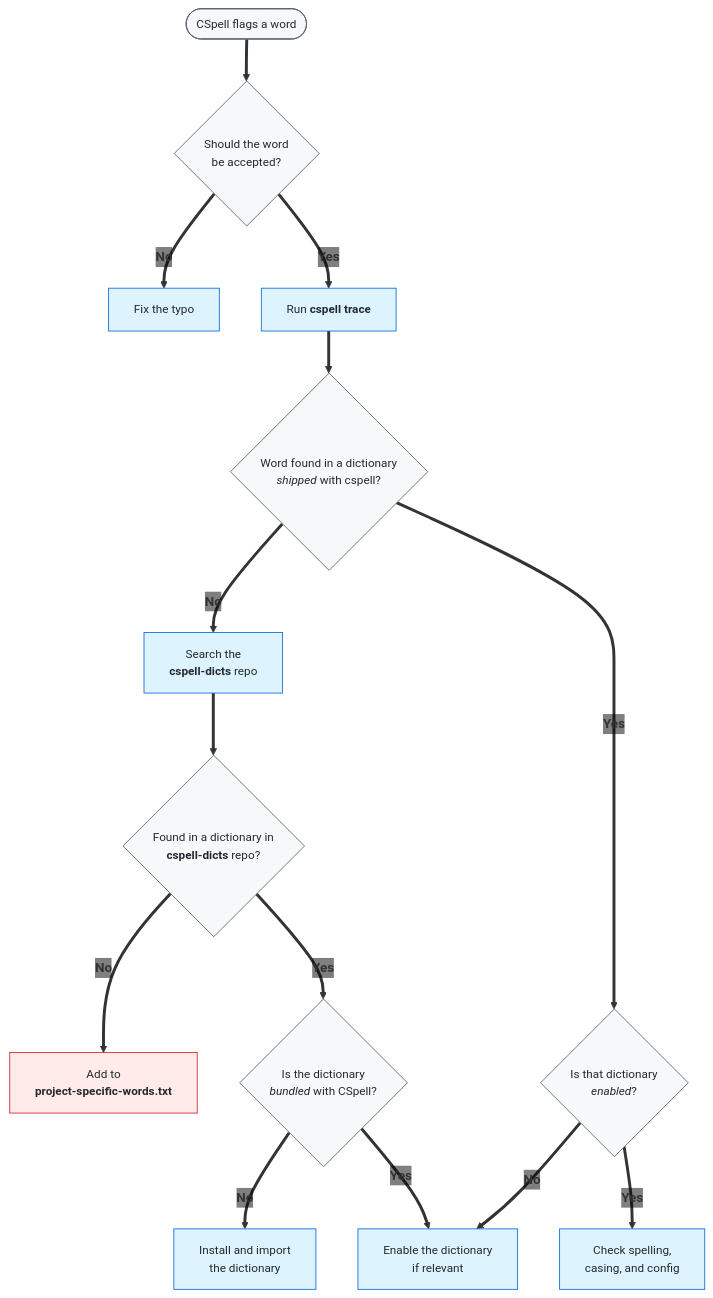
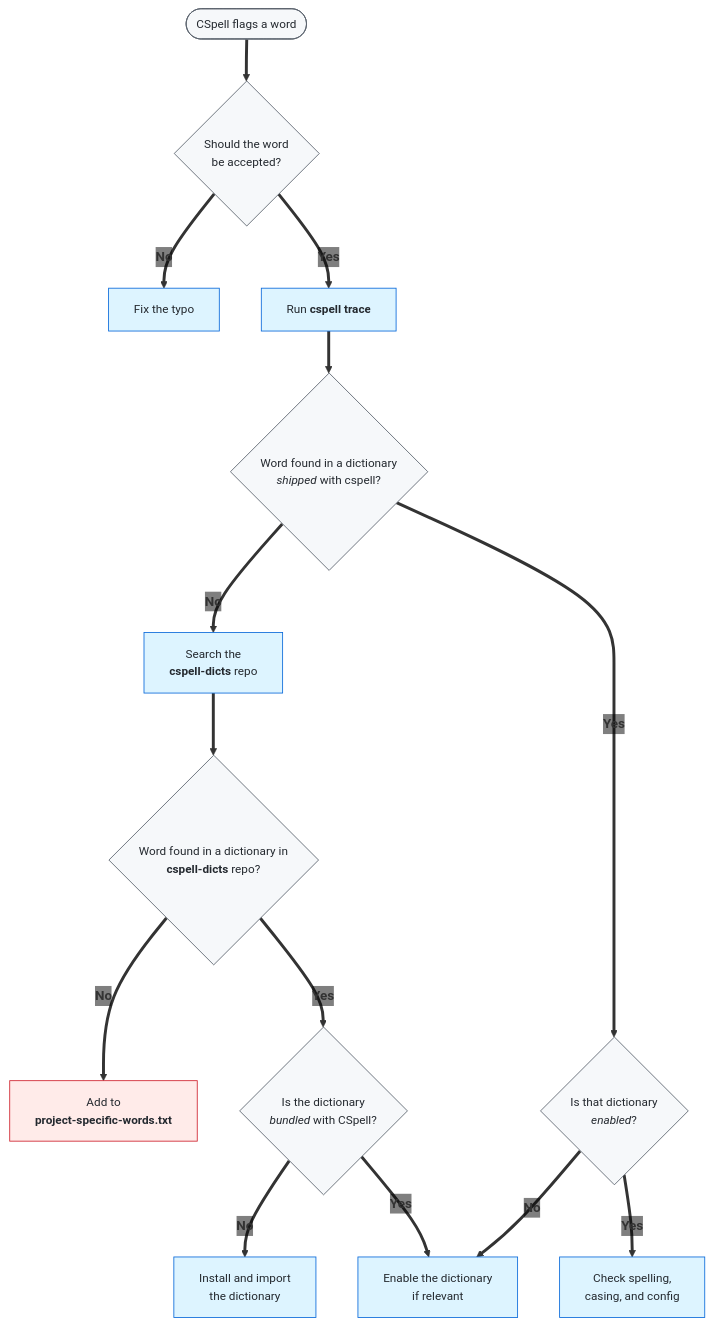
One commit to ScilifelabDataCentre/data-centre-template changed the diagram in .config/cspell/README.md. Above: the diagram before and after it, drawn with Mermaid. The commit also changed other lines of this file, not shown here.

Commit message:
after flowchart

````diff
--- a/.config/cspell/README.md
+++ b/.config/cspell/README.md
@@ -74,36 +74,36 @@
 ```mermaid
 ---
 config:
   themeVariables:
     edgeLabelBackground: transparent
 ---
 flowchart TD
     A([CSpell flags a word]) ==> B{Should the word<br/>be accepted?}
 
     B ==>|"`**No**`"| C[Fix the typo]
     B ==>|"`**Yes**`"| D["`Run **cspell trace**`"]
 
     D ==> E{"`Word found in a dictionary<br/>_shipped_ with cspell?`"}
 
     E ==>|"`**No**`"| I["`Search the </br> **cspell-dicts** repo`"]
     E ==>|"`**Yes**`"| F{"`Is that dictionary<br/>_enabled_?`"}
 
     F ==>|"`**No**`"| H[Enable the dictionary<br/>if relevant]
     F ==>|"`**Yes**`"| G[Check spelling,<br/>casing, and config]
 
-    I ==> J{"`Found in a dictionary in </br> **cspell-dicts** repo?`"}
+    I ==> J{"`Word found in a dictionary in </br> **cspell-dicts** repo?`"}
 
     J ==>|"`**No**`"| M["`Add to <br/> **project-specific-words.txt**`"]
     J ==>|"`**Yes**`"| K{"`Is the dictionary<br/>_bundled_ with CSpell?`"}
 
     K ==>|"`**No**`"| L[Install and import<br/>the dictionary]
     K ==>|"`**Yes**`"| H
 
     classDef neutral fill:#f6f8fa,stroke:#57606a,color:#24292f,font-size:14px;
     classDef do fill:#ddf4ff,stroke:#0969da,color:#24292f,font-size:14px;
     classDef fallback fill:#ffebe9,stroke:#cf222e,color:#24292f,font-size:14px;
 
     class A,B,E,F,J,K neutral; 
     class C,D,G,H,I,L do;
     class M fallback;
 ```
````
